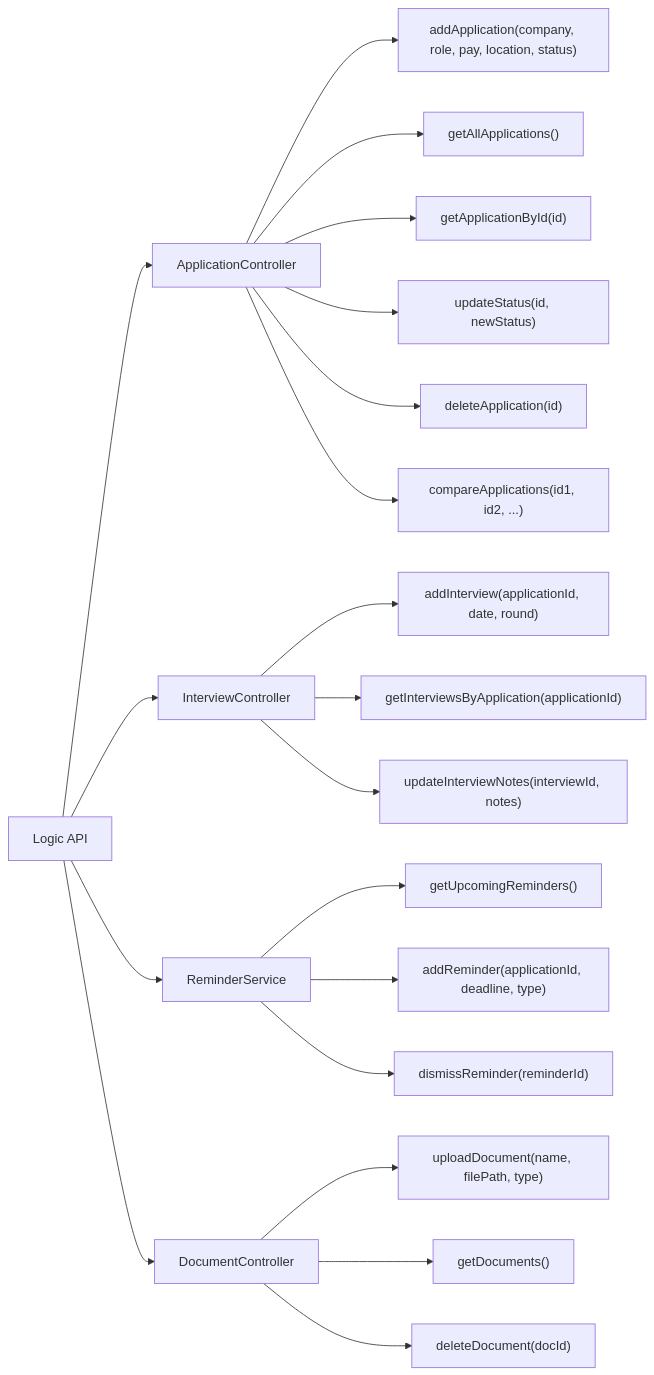
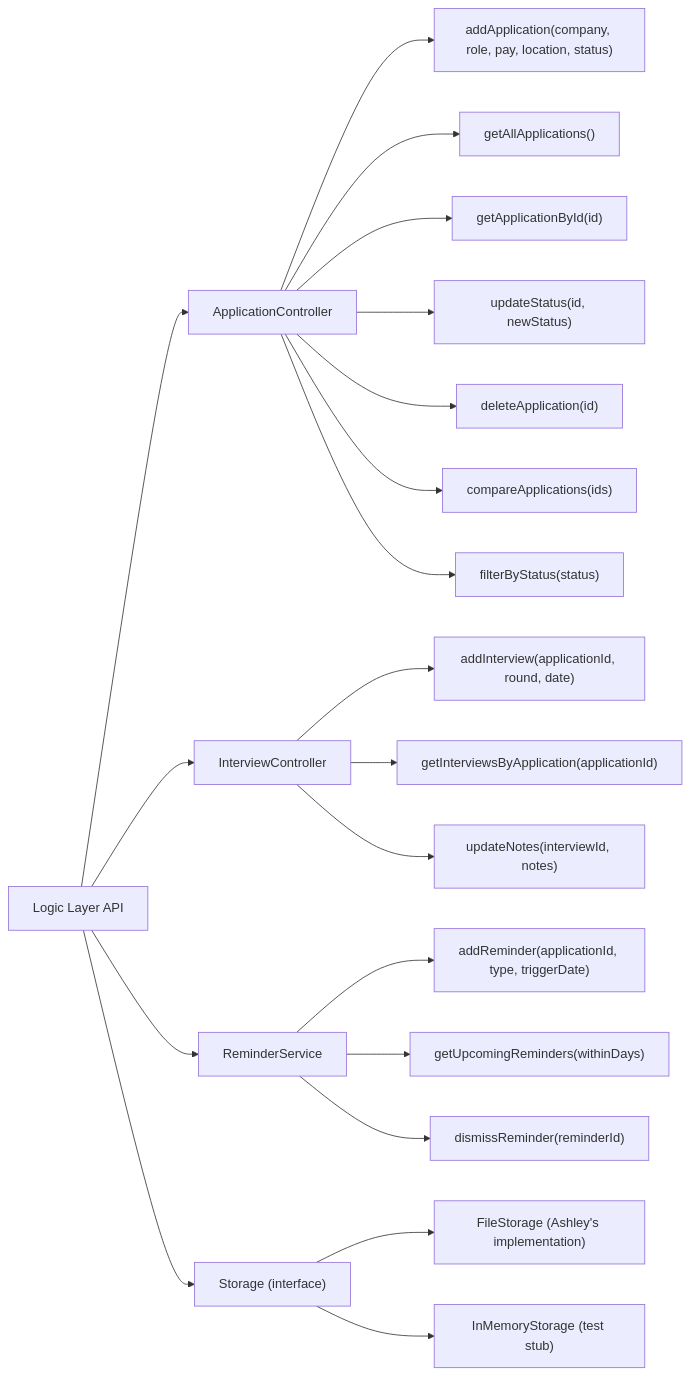
One commit to ashjwley03/JobApps-Tracker changed the second of 7 diagrams in docs/API_DOCUMENTATION.md. Above: the diagram before and after it, drawn with Mermaid. The commit also changed other lines of this file and 19 other files, not shown here.

Commit message:
Fix model constructors for FileStorage, update API docs and README

````diff
--- a/docs/API_DOCUMENTATION.md
+++ b/docs/API_DOCUMENTATION.md
@@ -80,27 +84,27 @@
 ```mermaid
 graph LR
-    API["Logic API"]
+    Logic["Logic Layer API"]
 
-    API --> A["ApplicationController"]
+    Logic --> A["ApplicationController"]
     A --> A1["addApplication(company, role, pay, location, status)"]
     A --> A2["getAllApplications()"]
     A --> A3["getApplicationById(id)"]
     A --> A4["updateStatus(id, newStatus)"]
     A --> A5["deleteApplication(id)"]
-    A --> A6["compareApplications(id1, id2, ...)"]
+    A --> A6["compareApplications(ids)"]
+    A --> A7["filterByStatus(status)"]
 
-    API --> B["InterviewController"]
-    B --> B1["addInterview(applicationId, date, round)"]
+    Logic --> B["InterviewController"]
+    B --> B1["addInterview(applicationId, round, date)"]
     B --> B2["getInterviewsByApplication(applicationId)"]
-    B --> B3["updateInterviewNotes(interviewId, notes)"]
+    B --> B3["updateNotes(interviewId, notes)"]
 
-    API --> C["ReminderService"]
-    C --> C1["getUpcomingReminders()"]
-    C --> C2["addReminder(applicationId, deadline, type)"]
+    Logic --> C["ReminderService"]
+    C --> C1["addReminder(applicationId, type, triggerDate)"]
+    C --> C2["getUpcomingReminders(withinDays)"]
     C --> C3["dismissReminder(reminderId)"]
 
-    API --> D["DocumentController"]
-    D --> D1["uploadDocument(name, filePath, type)"]
-    D --> D2["getDocuments()"]
-    D --> D3["deleteDocument(docId)"]
+    Logic --> D["Storage (interface)"]
+    D --> D1["FileStorage (Ashley's implementation)"]
+    D --> D2["InMemoryStorage (test stub)"]
 ```
````
